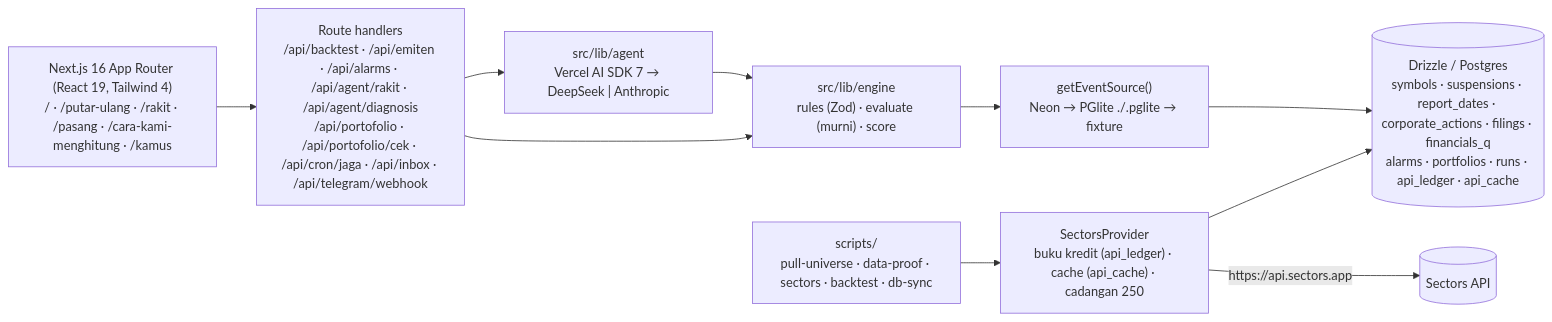
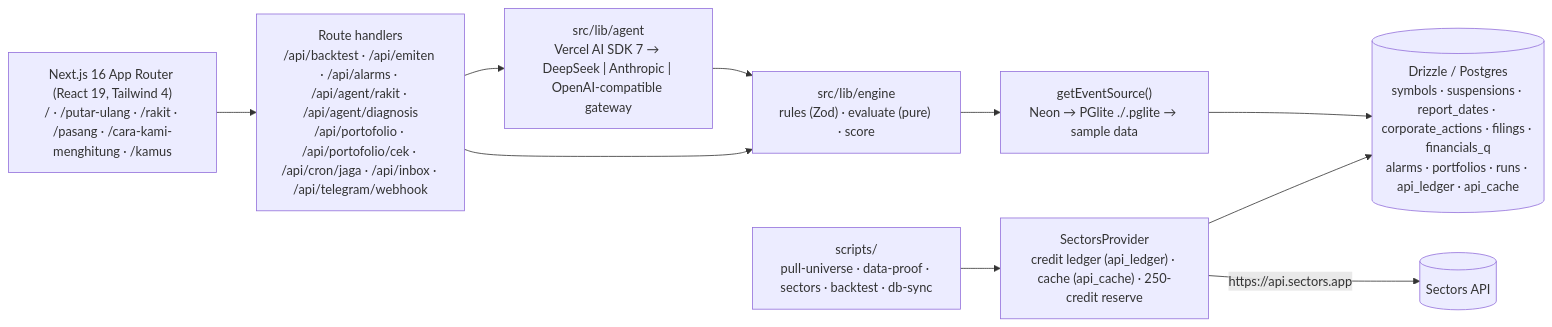
The second of 2 diagrams in README.md (fajaraji/alarm-saham), drawn with Mermaid before and after one commit. The commit also changed other lines of this file, not shown here.

````diff
--- a/README.md
+++ b/README.md
@@ -78,12 +90,12 @@
 ```mermaid
 flowchart LR
     UI["Next.js 16 App Router (React 19, Tailwind 4)<br/>/ · /putar-ulang · /rakit · /pasang · /cara-kami-menghitung · /kamus"] --> API["Route handlers<br/>/api/backtest · /api/emiten · /api/alarms · /api/agent/rakit · /api/agent/diagnosis<br/>/api/portofolio · /api/portofolio/cek · /api/cron/jaga · /api/inbox · /api/telegram/webhook"]
-    API --> ENGINE["src/lib/engine<br/>rules (Zod) · evaluate (murni) · score"]
-    API --> AGENT["src/lib/agent<br/>Vercel AI SDK 7 → DeepSeek | Anthropic"]
+    API --> ENGINE["src/lib/engine<br/>rules (Zod) · evaluate (pure) · score"]
+    API --> AGENT["src/lib/agent<br/>Vercel AI SDK 7 → DeepSeek | Anthropic | OpenAI-compatible gateway"]
     AGENT --> ENGINE
-    ENGINE --> SRC["getEventSource()<br/>Neon → PGlite ./.pglite → fixture"]
-    SCRIPTS["scripts/<br/>pull-universe · data-proof · sectors · backtest · db-sync"] --> SP["SectorsProvider<br/>buku kredit (api_ledger) · cache (api_cache) · cadangan 250"]
+    ENGINE --> SRC["getEventSource()<br/>Neon → PGlite ./.pglite → sample data"]
+    SCRIPTS["scripts/<br/>pull-universe · data-proof · sectors · backtest · db-sync"] --> SP["SectorsProvider<br/>credit ledger (api_ledger) · cache (api_cache) · 250-credit reserve"]
     SP -->|"https://api.sectors.app"| SECTORS[("Sectors API")]
     SP --> DB[("Drizzle / Postgres<br/>symbols · suspensions · report_dates · corporate_actions · filings · financials_q<br/>alarms · portfolios · runs · api_ledger · api_cache")]
     SRC --> DB
 ```
````
